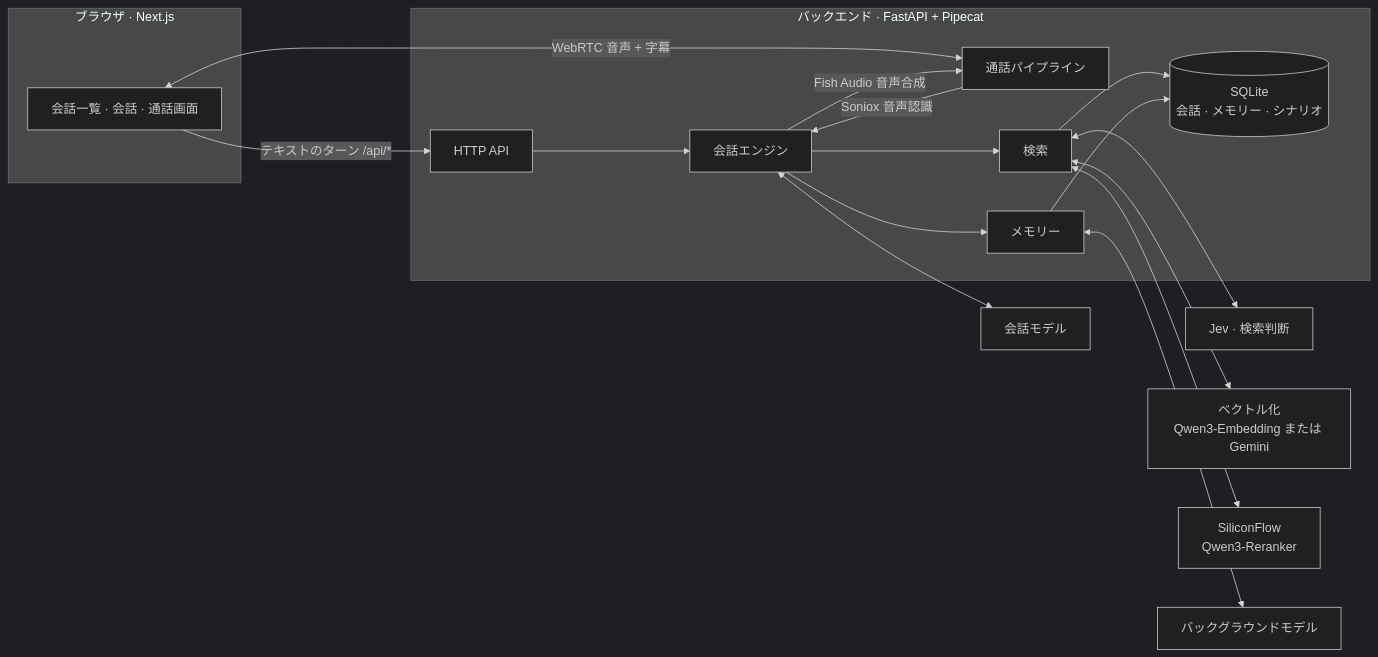
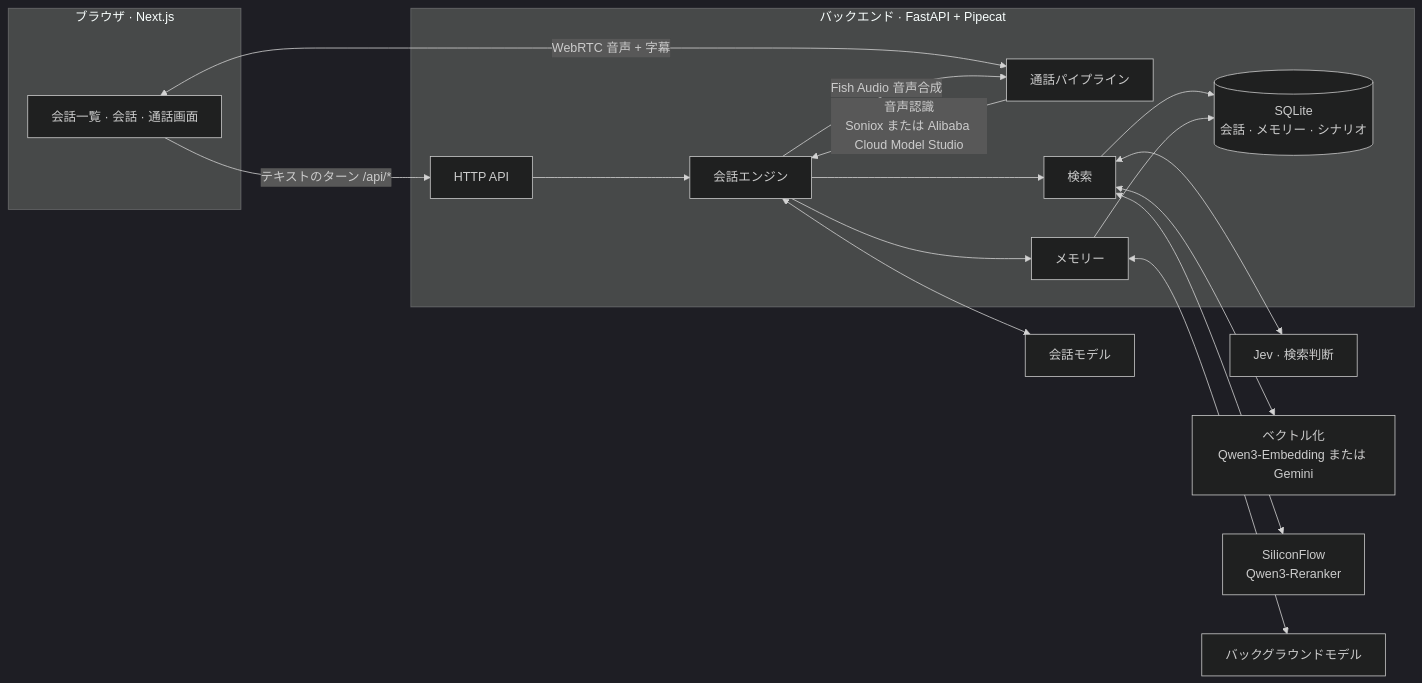
Before and after one commit to 3aKHP/idolum: the first of 2 diagrams in README.ja.md, drawn with Mermaid (dark theme). The commit also changed other lines of this file and 7 other files, not shown here.

````diff
--- a/README.ja.md
+++ b/README.ja.md
@@ -75,30 +75,30 @@
 ```mermaid
 flowchart LR
     subgraph Browser["ブラウザ · Next.js"]
         UI["会話一覧 · 会話 · 通話画面"]
     end
 
     subgraph Backend["バックエンド · FastAPI + Pipecat"]
         API["HTTP API"]
         Call["通話パイプライン"]
         Engine["会話エンジン"]
         Retrieval["検索"]
         Memory["メモリー"]
         DB[("SQLite<br/>会話 · メモリー · シナリオ")]
     end
 
     UI -- "テキストのターン /api/*" --> API
     UI <-- "WebRTC 音声 + 字幕" --> Call
     API --> Engine
-    Call -- "Soniox 音声認識" --> Engine
+    Call -- "音声認識<br/>Soniox または Alibaba Cloud Model Studio" --> Engine
     Engine -- "Fish Audio 音声合成" --> Call
     Engine --> Retrieval
     Engine --> Memory
     Retrieval --> DB
     Memory --> DB
     Engine <--> ChatLLM["会話モデル"]
     Retrieval <--> Jev["Jev · 検索判断"]
     Retrieval <--> Emb["ベクトル化<br/>Qwen3-Embedding または Gemini"]
     Retrieval <--> SF["SiliconFlow<br/>Qwen3-Reranker"]
     Memory <--> BgLLM["バックグラウンドモデル"]
 ```
````
